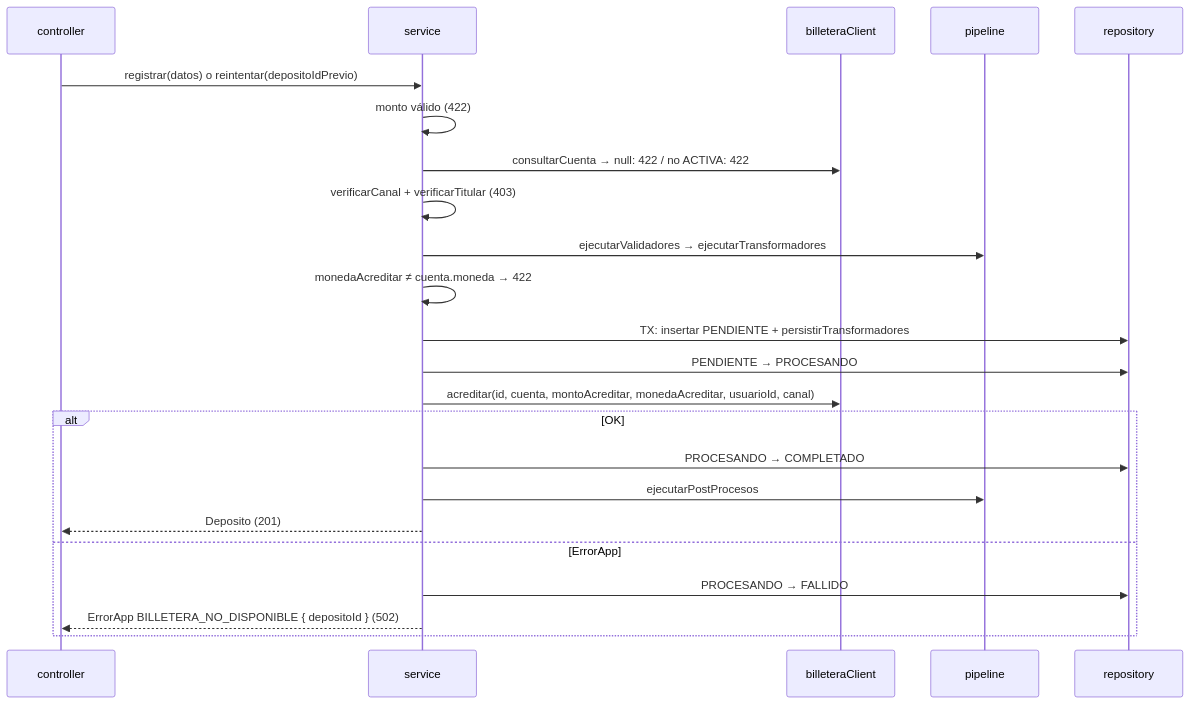
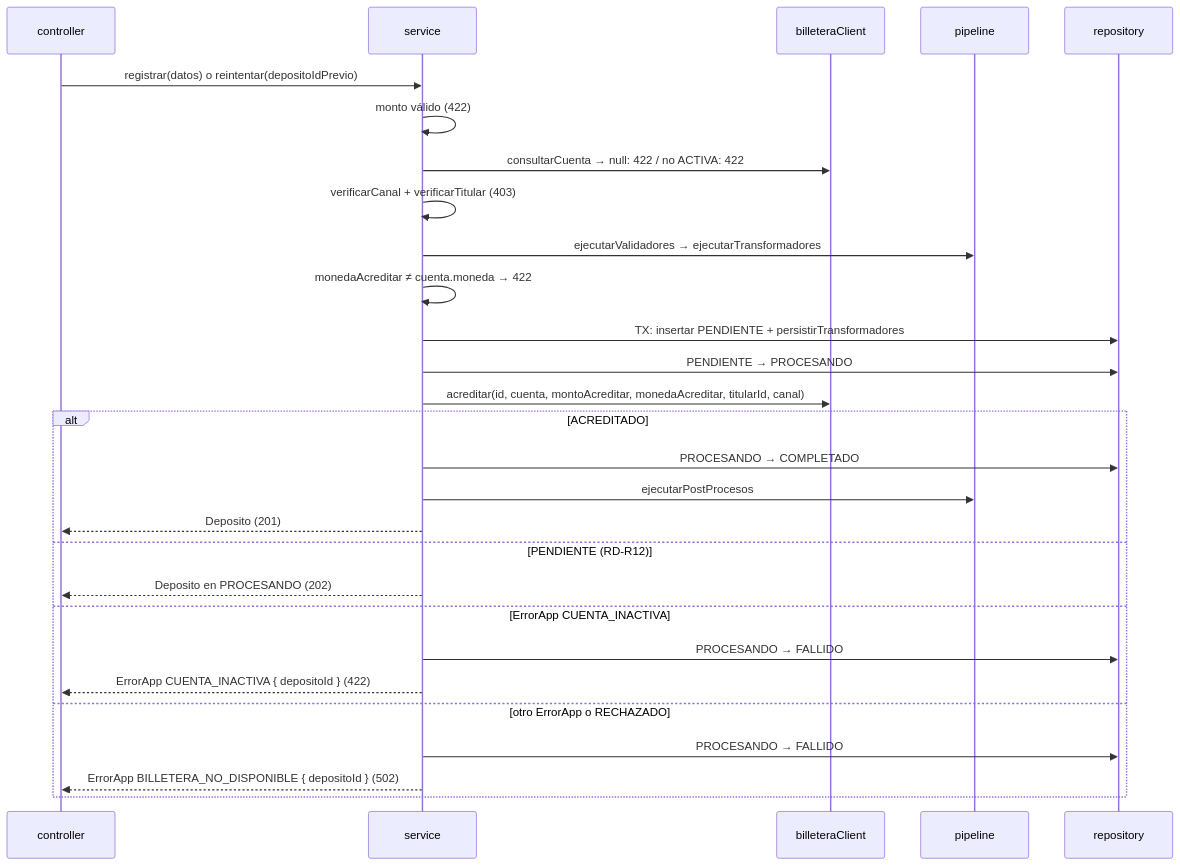
The diagram in specs-v2/07-registrar-deposito.md (abigailDurand/Deposito-Arnes), drawn with Mermaid before and after one commit. The commit also changed other lines of this file and 24 other files, not shown here.

````diff
--- a/specs-v2/07-registrar-deposito.md
+++ b/specs-v2/07-registrar-deposito.md
@@ -28,25 +29,30 @@
 ```mermaid
 sequenceDiagram
     participant Ctrl as controller
     participant Svc as service
     participant B as billeteraClient
     participant P as pipeline
     participant Repo as repository
     Ctrl->>Svc: registrar(datos) o reintentar(depositoIdPrevio)
     Svc->>Svc: monto válido (422)
     Svc->>B: consultarCuenta → null: 422 / no ACTIVA: 422
     Svc->>Svc: verificarCanal + verificarTitular (403)
     Svc->>P: ejecutarValidadores → ejecutarTransformadores
     Svc->>Svc: monedaAcreditar ≠ cuenta.moneda → 422
     Svc->>Repo: TX: insertar PENDIENTE + persistirTransformadores
     Svc->>Repo: PENDIENTE → PROCESANDO
-    Svc->>B: acreditar(id, cuenta, montoAcreditar, monedaAcreditar, usuarioId, canal)
-    alt OK
+    Svc->>B: acreditar(id, cuenta, montoAcreditar, monedaAcreditar, titularId, canal)
+    alt ACREDITADO
         Svc->>Repo: PROCESANDO → COMPLETADO
         Svc->>P: ejecutarPostProcesos
         Svc-->>Ctrl: Deposito (201)
-    else ErrorApp
+    else PENDIENTE (RD-R12)
+        Svc-->>Ctrl: Deposito en PROCESANDO (202)
+    else ErrorApp CUENTA_INACTIVA
+        Svc->>Repo: PROCESANDO → FALLIDO
+        Svc-->>Ctrl: ErrorApp CUENTA_INACTIVA { depositoId } (422)
+    else otro ErrorApp o RECHAZADO
         Svc->>Repo: PROCESANDO → FALLIDO
         Svc-->>Ctrl: ErrorApp BILLETERA_NO_DISPONIBLE { depositoId } (502)
     end
 ```
````
